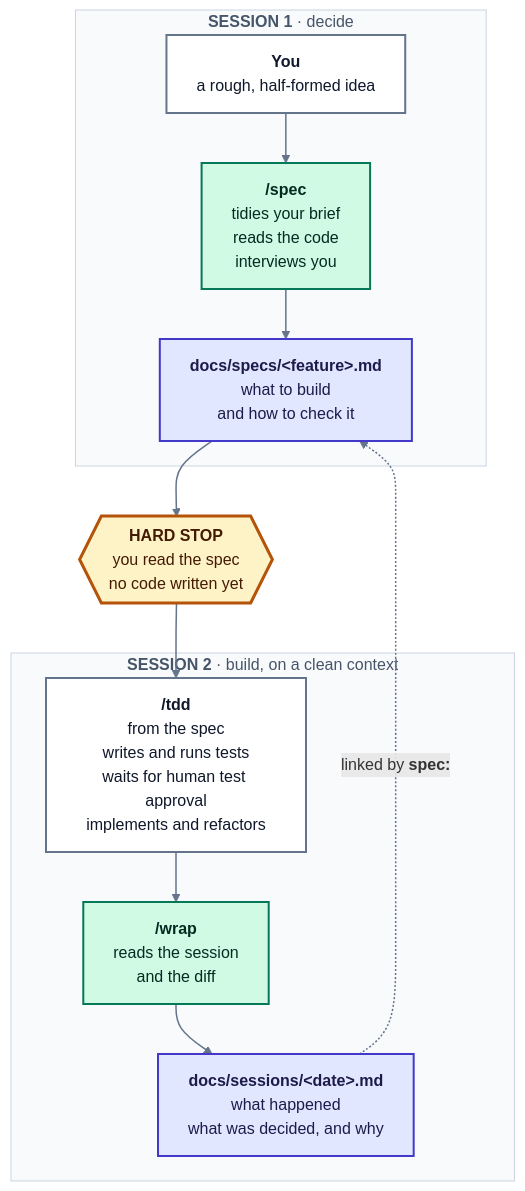
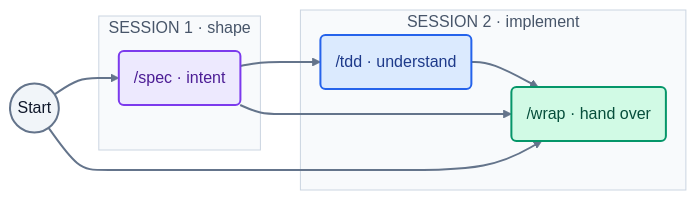
One commit to imanassi/agent-lifecycle-skills changed the diagram in README.md. Above: the diagram before and after it, drawn with Mermaid. The commit also changed other lines of this file, not shown here.

Commit message:
docs: clarify skill purposes and simplify lifecycle graph

````diff
--- a/README.md
+++ b/README.md
@@ -11,33 +17,32 @@
 ```mermaid
-flowchart TD
-    subgraph S1["<b>SESSION 1</b> · decide"]
-        A["<b>You</b><br/>a rough, half-formed idea"]
-        B["<b>/spec</b><br/>tidies your brief<br/>reads the code<br/>interviews you"]
-        C["<b>docs/specs/&lt;feature&gt;.md</b><br/>what to build<br/>and how to check it"]
-        A --> B --> C
+---
+config:
+  flowchart:
+    curve: basis
+    nodeSpacing: 30
+    rankSpacing: 40
+---
+flowchart LR
+    START((Start))
+
+    subgraph S1["SESSION 1 · shape"]
+        SPEC("/spec · intent")
     end
 
-    STOP{{"<b>HARD STOP</b><br/>you read the spec<br/>no code written yet"}}
-
-    subgraph S2["<b>SESSION 2</b> · build, on a clean context"]
-        D["<b>/tdd</b><br/>from the spec<br/>writes and runs tests<br/>waits for human test approval<br/>implements and refactors"]
-        E["<b>/wrap</b><br/>reads the session<br/>and the diff"]
-        F["<b>docs/sessions/&lt;date&gt;.md</b><br/>what happened<br/>what was decided, and why"]
-        D --> E --> F
+    subgraph S2["SESSION 2 · implement"]
+        TDD("/tdd · understand")
+        WRAP("/wrap · hand over")
     end
 
-    C --> STOP --> D
-    F -.->|"linked by <b>spec:</b>"| C
+    START --> SPEC --> TDD --> WRAP
+    SPEC --> WRAP
+    START --> WRAP
 
-    classDef doc  fill:#e0e7ff,stroke:#4338ca,stroke-width:2px,color:#1e1b4b
-    classDef cmd  fill:#d1fae5,stroke:#047857,stroke-width:2px,color:#022c22
-    classDef stop fill:#fef3c7,stroke:#b45309,stroke-width:3px,color:#451a03
-    classDef you  fill:#ffffff,stroke:#64748b,stroke-width:2px,color:#0f172a
-    class C,F doc
-    class B,E cmd
-    class STOP stop
-    class A,D you
+    style START fill:#f1f5f9,stroke:#64748b,stroke-width:2px,color:#0f172a
+    style SPEC fill:#ede9fe,stroke:#7c3aed,stroke-width:2px,color:#4c1d95
+    style TDD fill:#dbeafe,stroke:#2563eb,stroke-width:2px,color:#1e3a8a
+    style WRAP fill:#d1fae5,stroke:#059669,stroke-width:2px,color:#064e3b
     style S1 fill:#f8fafc,stroke:#cbd5e1,stroke-width:1px,color:#475569
     style S2 fill:#f8fafc,stroke:#cbd5e1,stroke-width:1px,color:#475569
-    linkStyle default stroke:#64748b,stroke-width:1.5px
+    linkStyle default stroke:#64748b,stroke-width:2px
 ```
````
